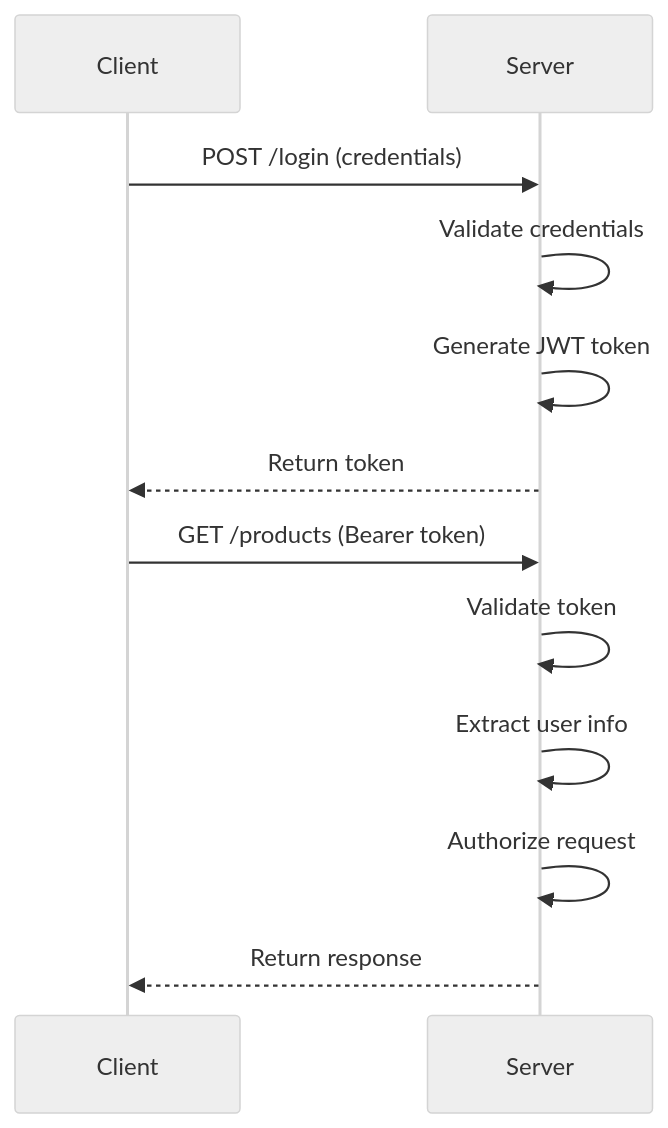
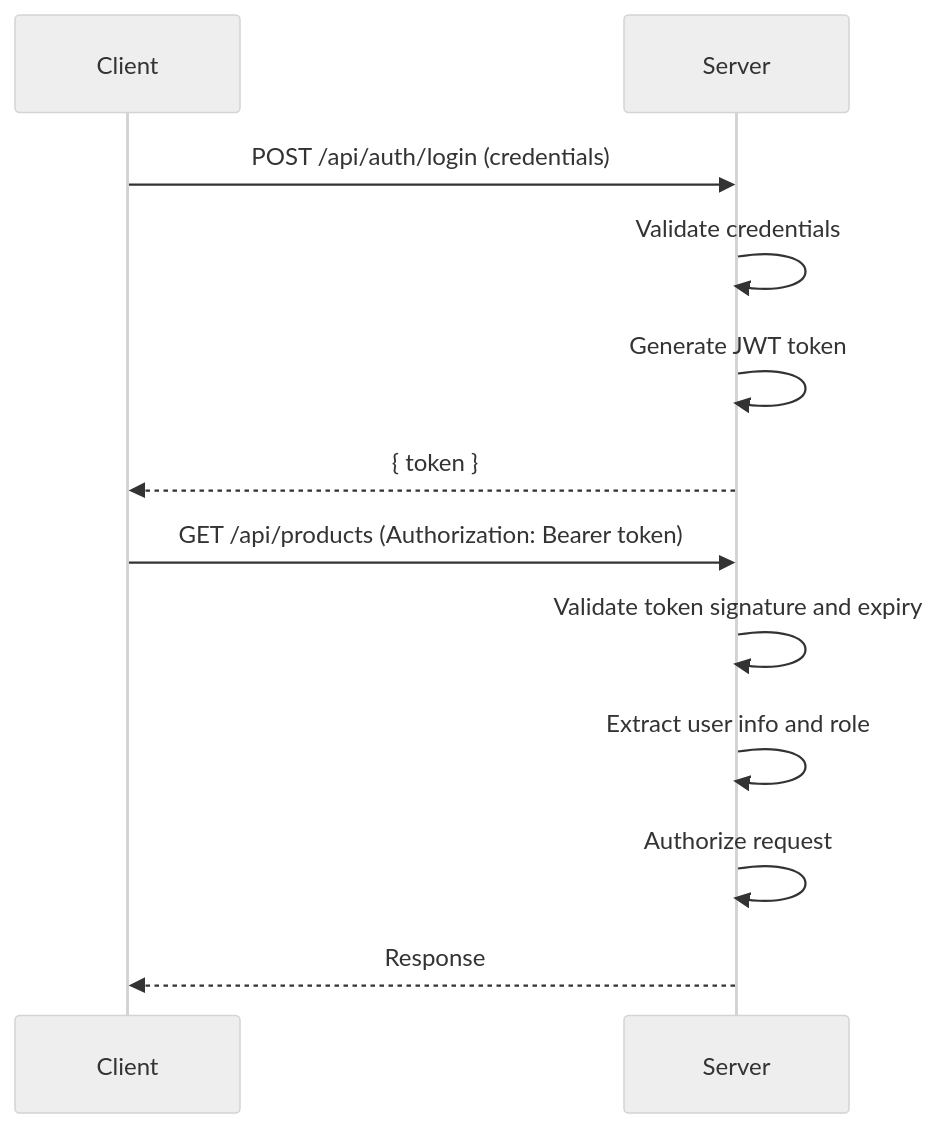
Before and after one commit to Keglev/stockease: the first of 3 diagrams in docs/architecture/patterns/security-patterns.md, drawn with Mermaid (neutral theme). The commit also changed other lines of this file and 45 other files, not shown here.

Commit message:
refactored and reviewed all architecture docs; fix broken links in .html file for displaying the docs

````diff
--- a/docs/architecture/patterns/security-patterns.md
+++ b/docs/architecture/patterns/security-patterns.md
@@ -13,16 +9,16 @@
 ```mermaid
 sequenceDiagram
     participant Client
     participant Server
-    
-    Client->>Server: POST /login (credentials)
+
+    Client->>Server: POST /api/auth/login (credentials)
     Server->>Server: Validate credentials
     Server->>Server: Generate JWT token
-    Server-->>Client: Return token
-    
-    Client->>Server: GET /products (Bearer token)
-    Server->>Server: Validate token
-    Server->>Server: Extract user info
+    Server-->>Client: { token }
+
+    Client->>Server: GET /api/products (Authorization: Bearer token)
+    Server->>Server: Validate token signature and expiry
+    Server->>Server: Extract user info and role
     Server->>Server: Authorize request
-    Server-->>Client: Return response
+    Server-->>Client: Response
 ```
````
